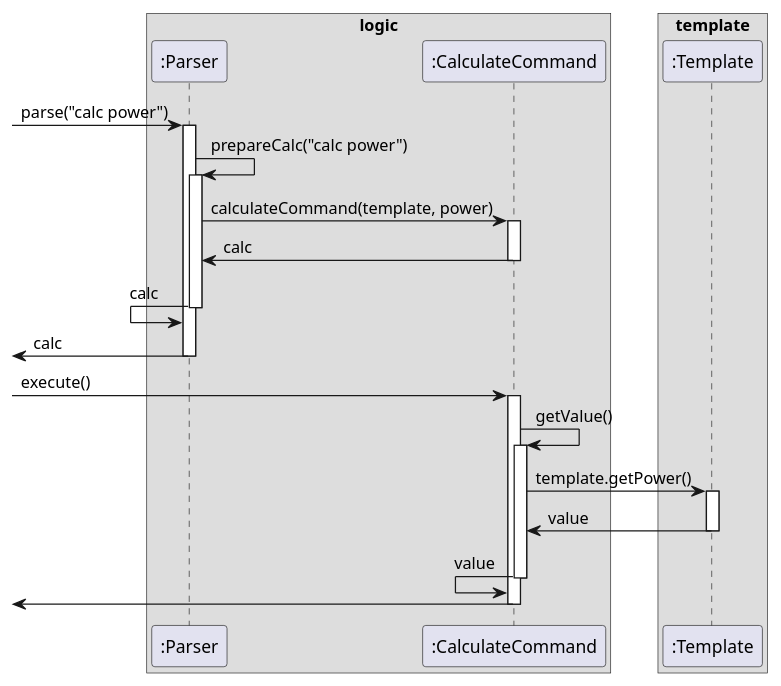
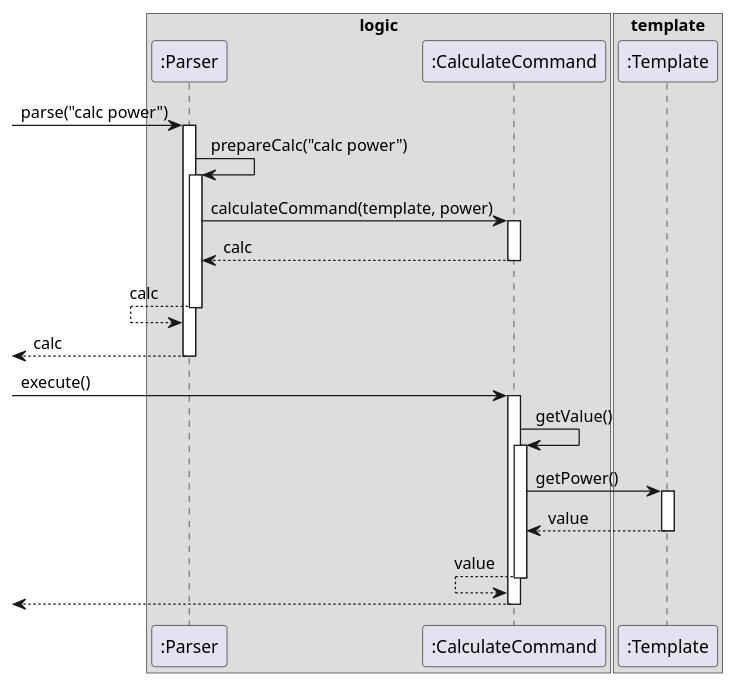
The diagram in docs/diagrams/CalcPowerSequenceDiagram.puml (sevenseasofbri/tp), drawn with PlantUML before and after one commit. The commit also changed 18 other files, not shown here.

Commit message:
Update UML diagrams

```diff
--- a/docs/diagrams/CalcPowerSequenceDiagram.puml
+++ b/docs/diagrams/CalcPowerSequenceDiagram.puml
@@ -1,48 +1,48 @@
 @startuml
 
 box logic
 participant ":Parser" as Parser
 participant ":CalculateCommand" as CalculateCommand
 end box
 
 box template
 participant ":Template" as Template
 end box
 
 [-> Parser : parse("calc power")
 activate Parser
 
 Parser -> Parser : prepareCalc("calc power")
 activate Parser
 
 Parser -> CalculateCommand : calculateCommand(template, power)
 activate CalculateCommand
 
-Parser <- CalculateCommand : calc
+Parser <-- CalculateCommand : calc
 deactivate CalculateCommand
 
-Parser <- Parser: calc
+Parser <-- Parser: calc
 deactivate Parser
 
-[<- Parser : calc
+[<-- Parser : calc
 deactivate Parser
 
 [->CalculateCommand : execute()
 activate CalculateCommand
 
 CalculateCommand -> CalculateCommand : getValue()
 activate CalculateCommand
 
-CalculateCommand -> Template : template.getPower()
+CalculateCommand -> Template : getPower()
 activate Template
 
-CalculateCommand <- Template : value
+CalculateCommand <-- Template : value
 deactivate Template
 
-CalculateCommand <- CalculateCommand : value
+CalculateCommand <-- CalculateCommand : value
 deactivate CalculateCommand
 
-[<- CalculateCommand
+[<-- CalculateCommand
 deactivate CalculateCommand
 
 @enduml
```
